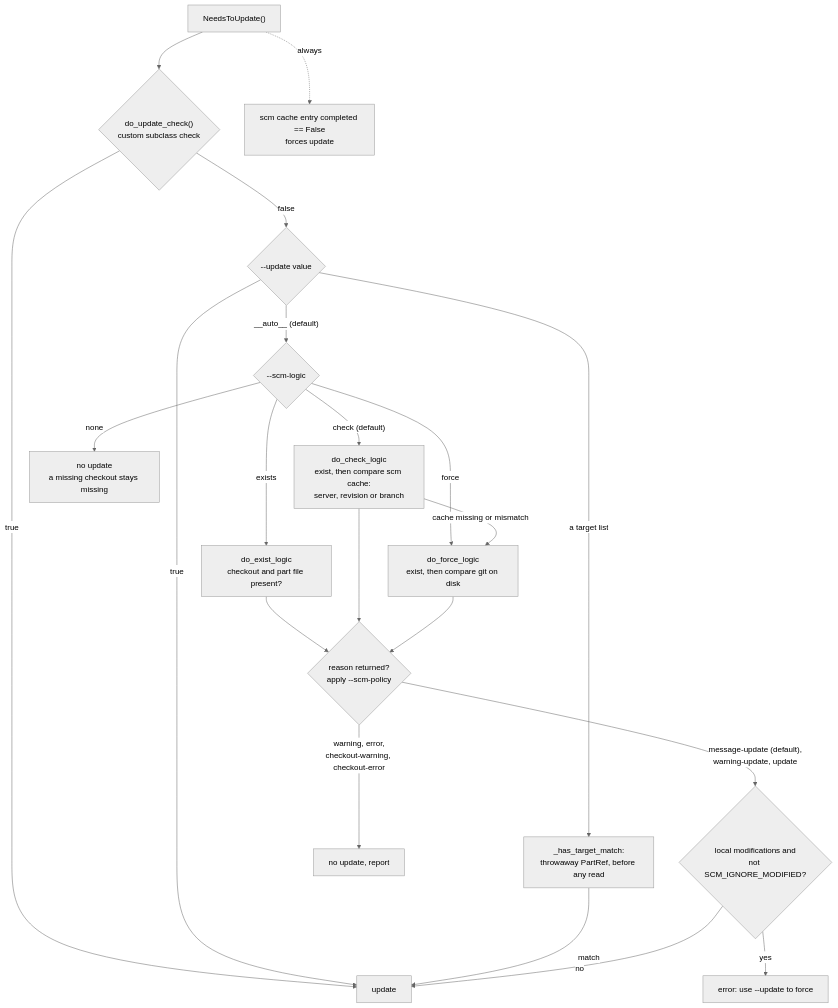
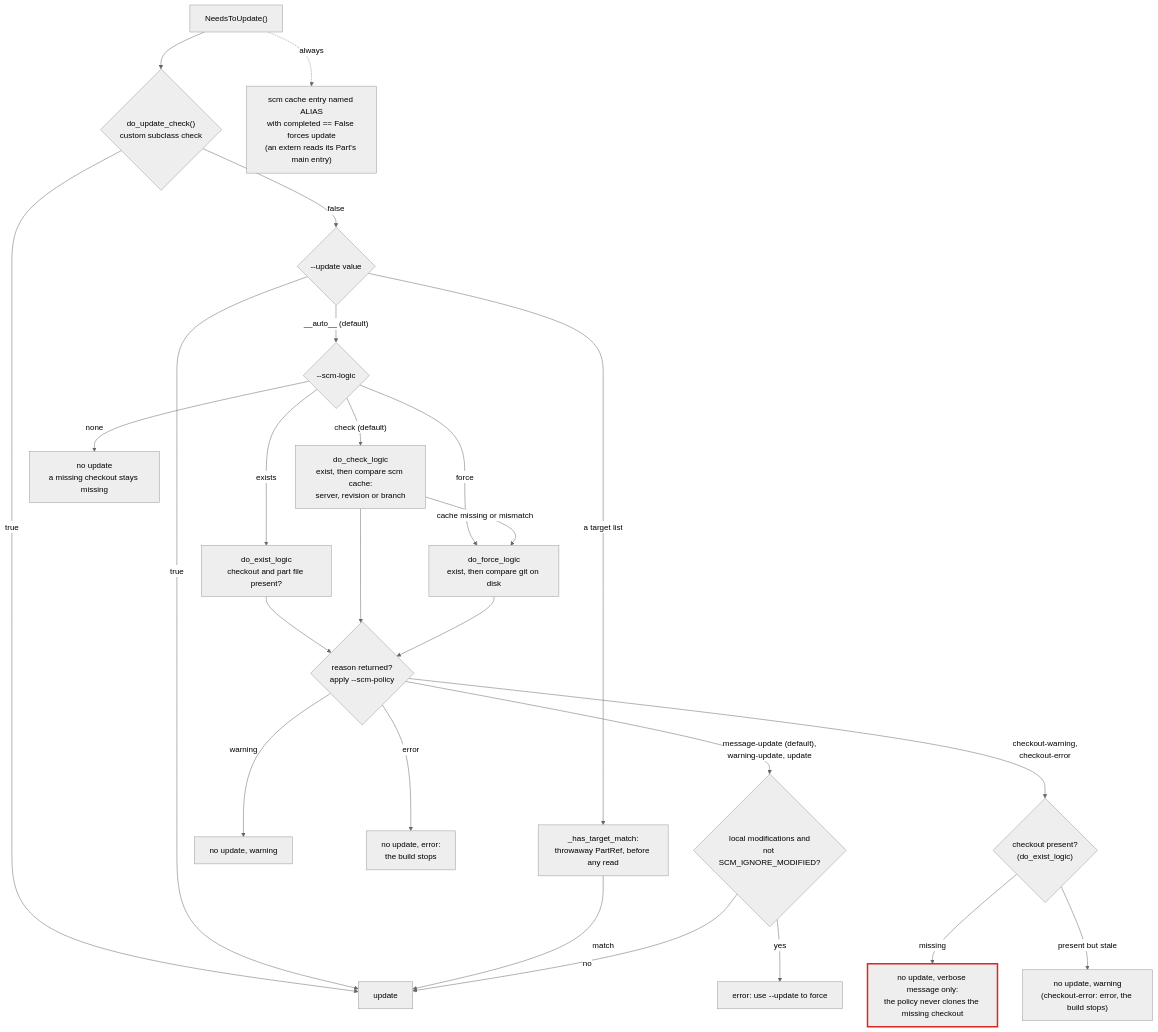
The second of 3 diagrams in doc/architecture/05-scm.md (sconsparts/parts), drawn with Mermaid (neutral theme) before and after one commit. The commit also changed other lines of this file and 8 other files, not shown here.

First line of the commit message:
Correct the architecture maps after an order-and-attribution review

````diff
--- a/doc/architecture/05-scm.md
+++ b/doc/architecture/05-scm.md
@@ -33,23 +43,28 @@
 ```mermaid
 flowchart TD
     A["NeedsToUpdate()"] --> C{"do_update_check()<br/>custom subclass check"}
     C -->|"true"| YES["update"]
     C -->|"false"| U{"--update value"}
     U -->|"__auto__ (default)"| L{"--scm-logic"}
     U -->|"a target list"| TM["_has_target_match:<br/>throwaway PartRef, before any read"]
     U -->|"true"| YES
     TM -->|"match"| YES
     L -->|"exists"| EX["do_exist_logic<br/>checkout and part file present?"]
     L -->|"check (default)"| CK["do_check_logic<br/>exist, then compare scm cache:<br/>server, revision or branch"]
     L -->|"force"| FO["do_force_logic<br/>exist, then compare git on disk"]
     L -->|"none"| NO["no update<br/>a missing checkout stays missing"]
     CK -->|"cache missing or mismatch"| FO
     EX --> POL
     CK --> POL
     FO --> POL{"reason returned?<br/>apply --scm-policy"}
     POL -->|"message-update (default),<br/>warning-update, update"| MOD{"local modifications and<br/>not SCM_IGNORE_MODIFIED?"}
-    POL -->|"warning, error,<br/>checkout-warning, checkout-error"| NO2["no update, report"]
+    POL -->|"warning"| W1["no update, warning"]
+    POL -->|"error"| W2["no update, error:<br/>the build stops"]
+    POL -->|"checkout-warning,<br/>checkout-error"| CO{"checkout present?<br/>(do_exist_logic)"}
+    CO -->|"missing"| COM["no update, verbose message only:<br/>the policy never clones the missing checkout"]:::hot
+    CO -->|"present but stale"| COS["no update, warning<br/>(checkout-error: error, the build stops)"]
     MOD -->|"no"| YES
     MOD -->|"yes"| ERR["error: use --update to force"]
-    A -.->|"always"| CMP["scm cache entry completed == False<br/>forces update"]
+    A -.->|"always"| CMP["scm cache entry named ALIAS<br/>with completed == False forces update<br/>(an extern reads its Part's main entry)"]
+    classDef hot stroke:#dc2626,stroke-width:3px
 ```
````
